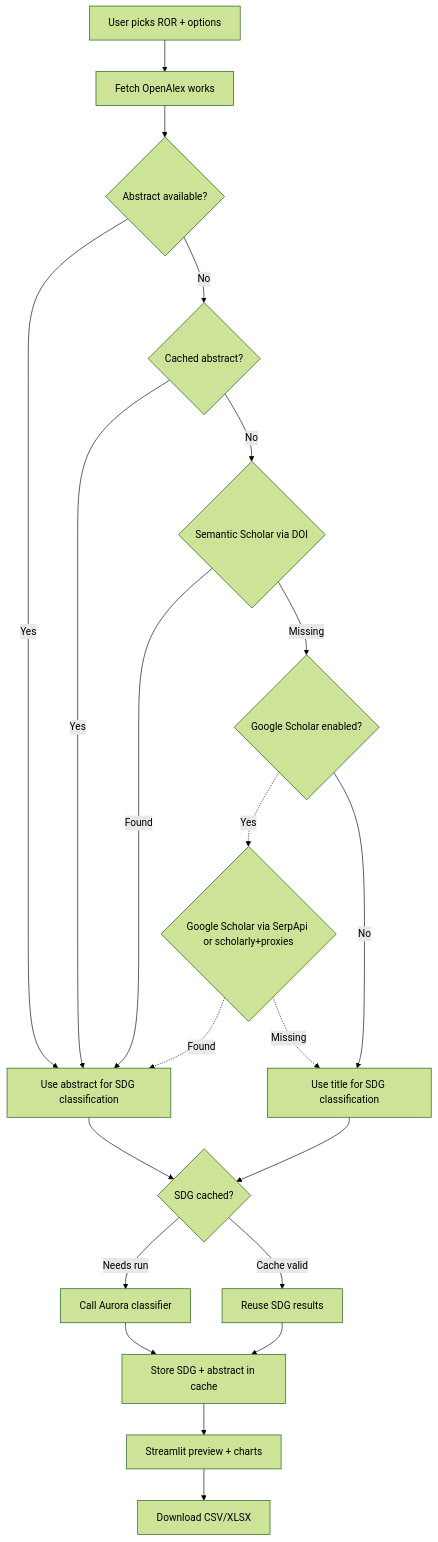
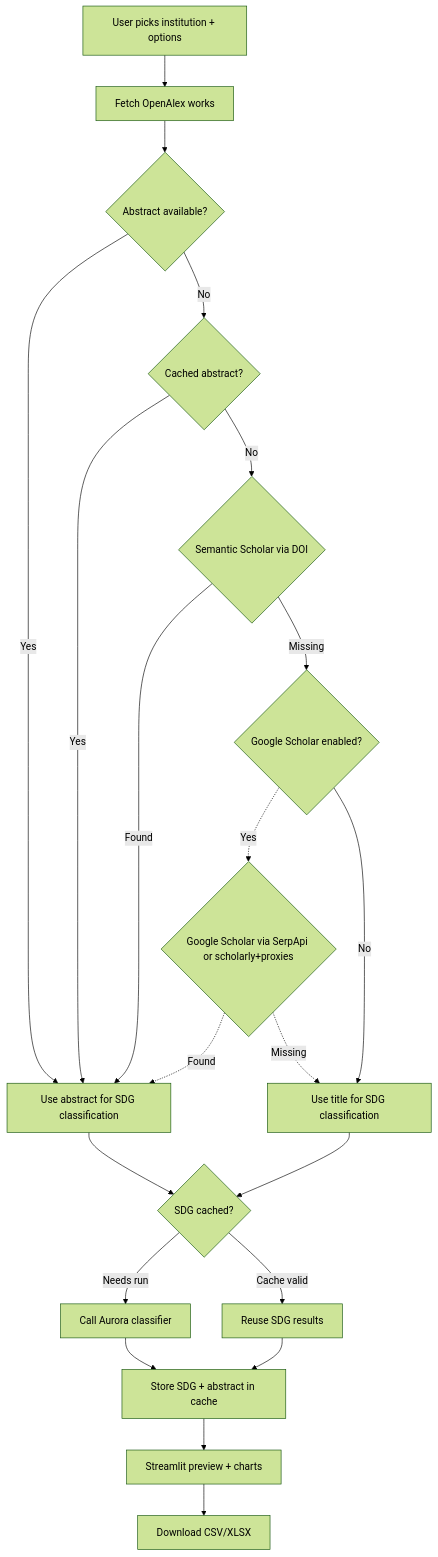
One commit to jmiba/Aurora-SDG-Publication-Classifier changed the diagram in README.md. Above: the diagram before and after it, drawn with Mermaid (forest theme). The commit also changed other lines of this file and 2 other files, not shown here.

Commit message:
Switch to OpenAlex institution ID input

````diff
--- a/README.md
+++ b/README.md
@@ -20,23 +20,23 @@
 ```mermaid
 flowchart TB
-    A[User picks ROR + options] --> B[Fetch OpenAlex works]
+    A[User picks institution + options] --> B[Fetch OpenAlex works]
     B --> C{Abstract available?}
     C -->|Yes| D[Use abstract for SDG classification]
     C -->|No| E{Cached abstract?}
     E -->|Yes| D
     E -->|No| F{Semantic Scholar via DOI}
     F -->|Found| D
     F -->|Missing| G{Google Scholar enabled?}
     I -.->|Missing| H[Use title for SDG classification]
     G -->|No| H
     G -.->|Yes| I{Google Scholar via SerpApi or scholarly+proxies}
     I -.->|Found| D
     D --> J{SDG cached?}
     H --> J
     J -->|Cache valid| K[Reuse SDG results]
     J -->|Needs run| L[Call Aurora classifier]
     L --> M[Store SDG + abstract in cache]
     K --> M
     M --> N[Streamlit preview + charts]
     N --> O[Download CSV/XLSX]
 ```
````
